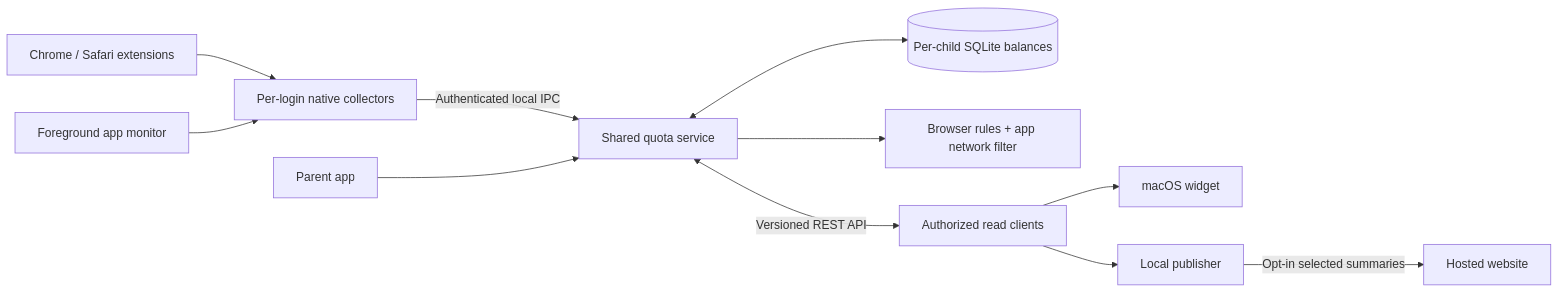
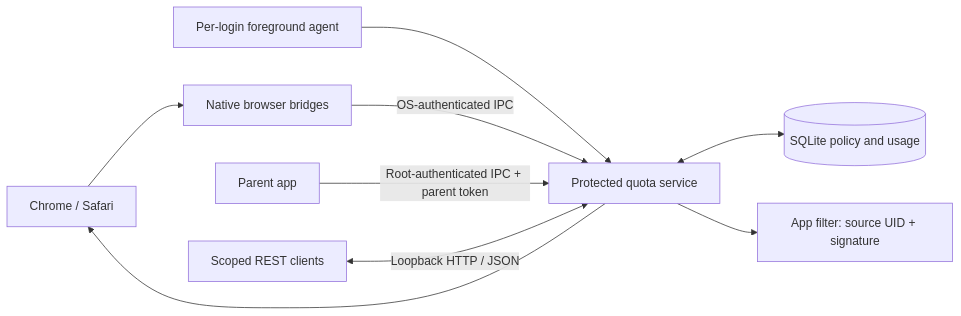
The diagram in README.md (unixist/kids-quota), drawn with Mermaid before and after one commit. The commit also changed other lines of this file and 77 other files, not shown here.

Commit message:
Build macOS quota service, browser adapters, and parent app

````diff
--- a/README.md
+++ b/README.md
@@ -37,13 +89,11 @@
 ```mermaid
 flowchart LR
-    C[Chrome / Safari extensions] --> N[Per-login native collectors]
-    A[Foreground app monitor] --> N
-    N -->|Authenticated local IPC| Q[Shared quota service]
-    U[Parent app] --> Q
-    Q <--> D[(Per-child SQLite balances)]
-    Q --> E[Browser rules + app network filter]
-    Q <-->|Versioned REST API| R[Authorized read clients]
-    R --> W[macOS widget]
-    R --> P[Local publisher]
-    P -->|Opt-in selected summaries| S[Hosted website]
+  B[Chrome / Safari] --> H[Native browser bridges]
+  A[Per-login foreground agent] --> Q[Protected quota service]
+  H -->|OS-authenticated IPC| Q
+  P[Parent app] -->|Root-authenticated IPC + parent token| Q
+  Q <--> D[(SQLite policy and usage)]
+  Q --> B
+  Q --> F[App filter: source UID + signature]
+  R[Scoped REST clients] <-->|Loopback HTTP / JSON| Q
 ```
````
